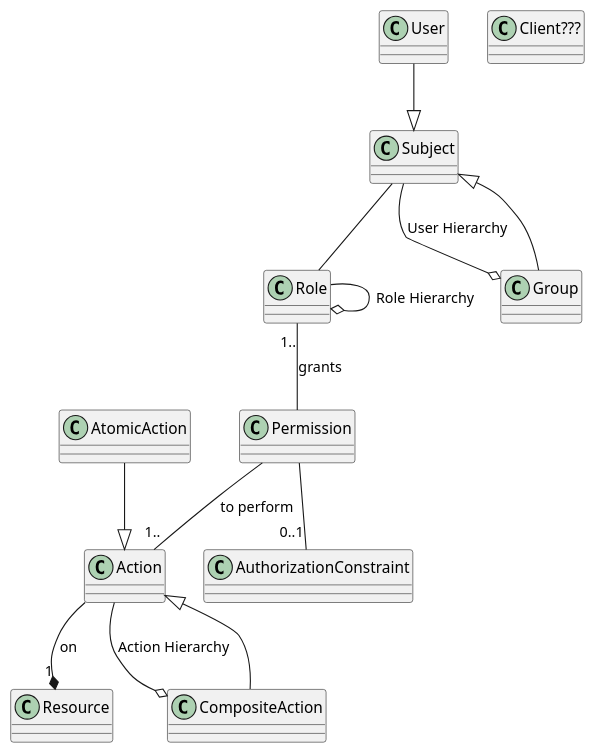
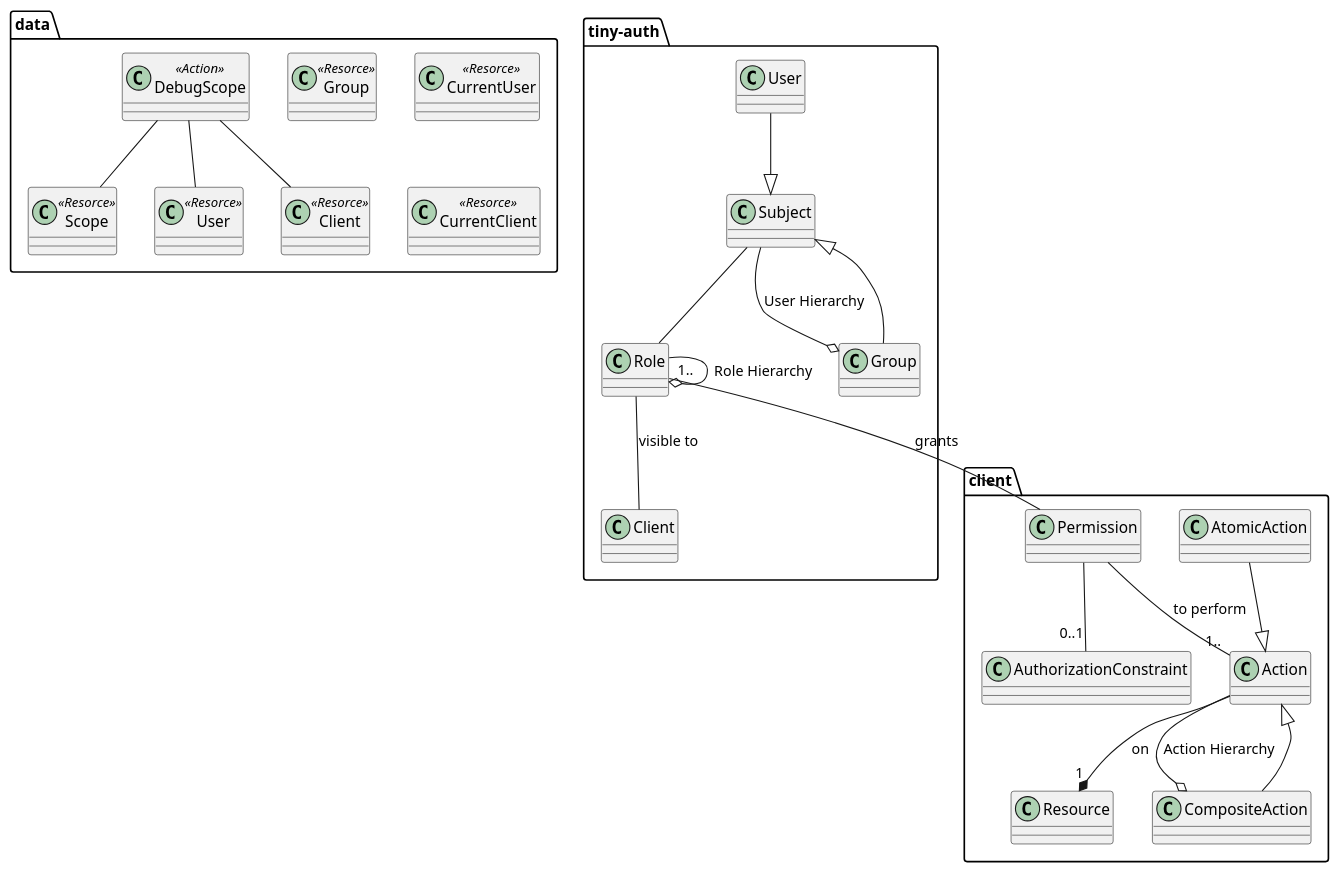
One commit to F1rst-Unicorn/tiny-auth changed the diagram in dev/rbac.plantuml. Above: the diagram before and after it, drawn with PlantUML.

Commit message:
Issue #40 some uml design

```diff
--- a/dev/rbac.plantuml
+++ b/dev/rbac.plantuml
@@ -1,36 +1,55 @@
 @startuml
 
-class Resource
-class Action
-class AtomicAction
-class CompositeAction
+package client {
+    class Resource
+    class Action
+    class AtomicAction
+    class CompositeAction
 
-class Permission
-class AuthorizationConstraint
+    class Permission
+    class AuthorizationConstraint
+}
 
-class Role
-class Subject
-class Group
-class User
+package tiny-auth {
+    class Role
+    class Subject
+    class Group
+    class User
 
-class Client???
+    class Client
+}
 
 User --|> Subject
 Group --|> Subject
 Subject --o Group: User Hierarchy
 
 Role --o Role: Role Hierarchy
 
 Subject -- Role
+Role -- Client: visible to
 Role "1.." -- Permission: grants
 
 Permission -- "1.." Action: to perform
 Permission -- "0..1"  AuthorizationConstraint
 
 AtomicAction --|> Action
 CompositeAction --|> Action
 Action --o CompositeAction: Action Hierarchy
 
 Action --* "1" Resource: on
 
+package data {
+    class Scope <<Resorce>>
+    class User <<Resorce>>
+    class Client <<Resorce>>
+    class Group <<Resorce>>
+    class CurrentUser <<Resorce>>
+    class CurrentClient <<Resorce>>
+
+    class DebugScope <<Action>>
+    DebugScope -- data.Scope
+    DebugScope -- data.User
+    DebugScope -- data.Client
+}
+
 @enduml
```
